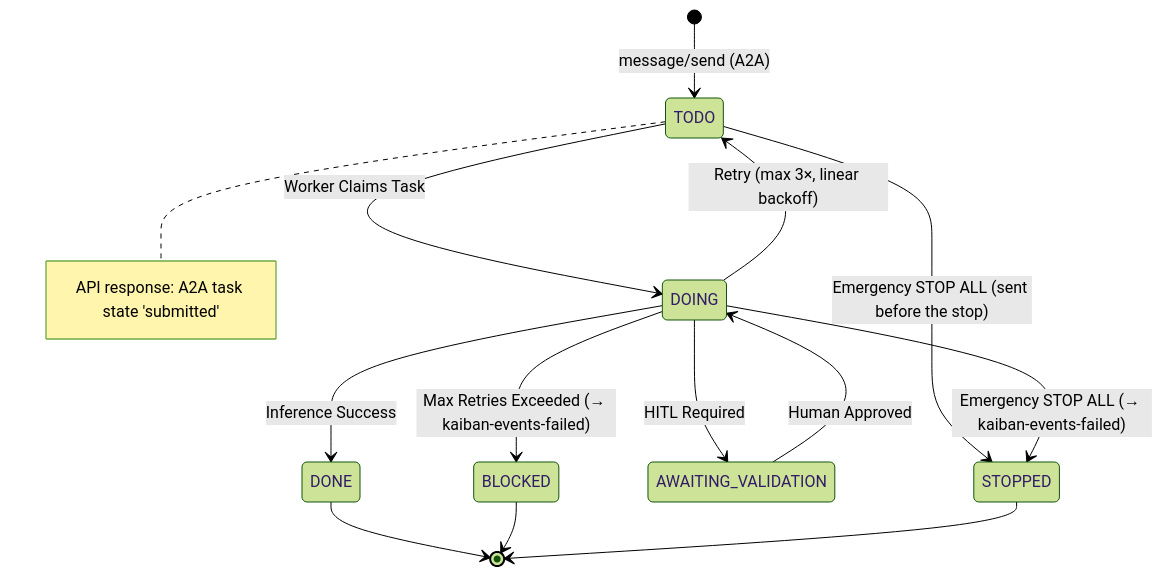
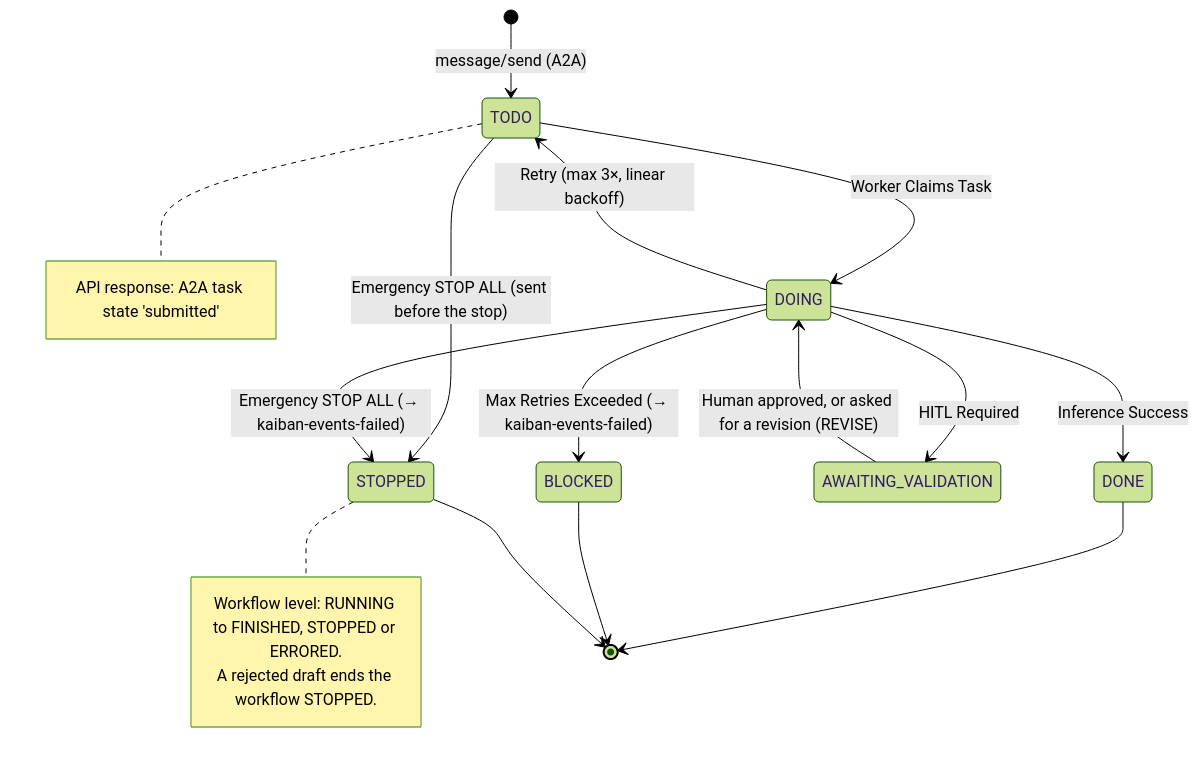
One commit to andreibesleaga/kaiban-distributed changed the second of 2 diagrams in README.md. Above: the diagram before and after it, drawn with Mermaid (forest theme). The commit also changed other lines of this file and 1 other file, not shown here.

Commit message:
docs(readme): one container view with the control channel, library section, new diagrams page

````diff
--- a/README.md
+++ b/README.md
@@ -283,22 +183,27 @@
 ```mermaid
 stateDiagram-v2
     [*] --> TODO : message/send (A2A)
     note right of TODO
         API response: A2A task state 'submitted'
     end note
     TODO --> DOING : Worker Claims Task
 
     DOING --> DONE : Inference Success
     DOING --> TODO : Retry (max 3×, linear backoff)
     DOING --> BLOCKED : Max Retries Exceeded (→ kaiban-events-failed)
 
     DOING --> AWAITING_VALIDATION : HITL Required
-    AWAITING_VALIDATION --> DOING : Human Approved
+    AWAITING_VALIDATION --> DOING : Human approved, or asked for a revision (REVISE)
 
     TODO --> STOPPED : Emergency STOP ALL (sent before the stop)
     DOING --> STOPPED : Emergency STOP ALL (→ kaiban-events-failed)
+
+    note right of STOPPED
+        Workflow level: RUNNING to FINISHED, STOPPED or ERRORED.
+        A rejected draft ends the workflow STOPPED.
+    end note
 
     DONE --> [*]
     BLOCKED --> [*]
     STOPPED --> [*]
 ```
````
